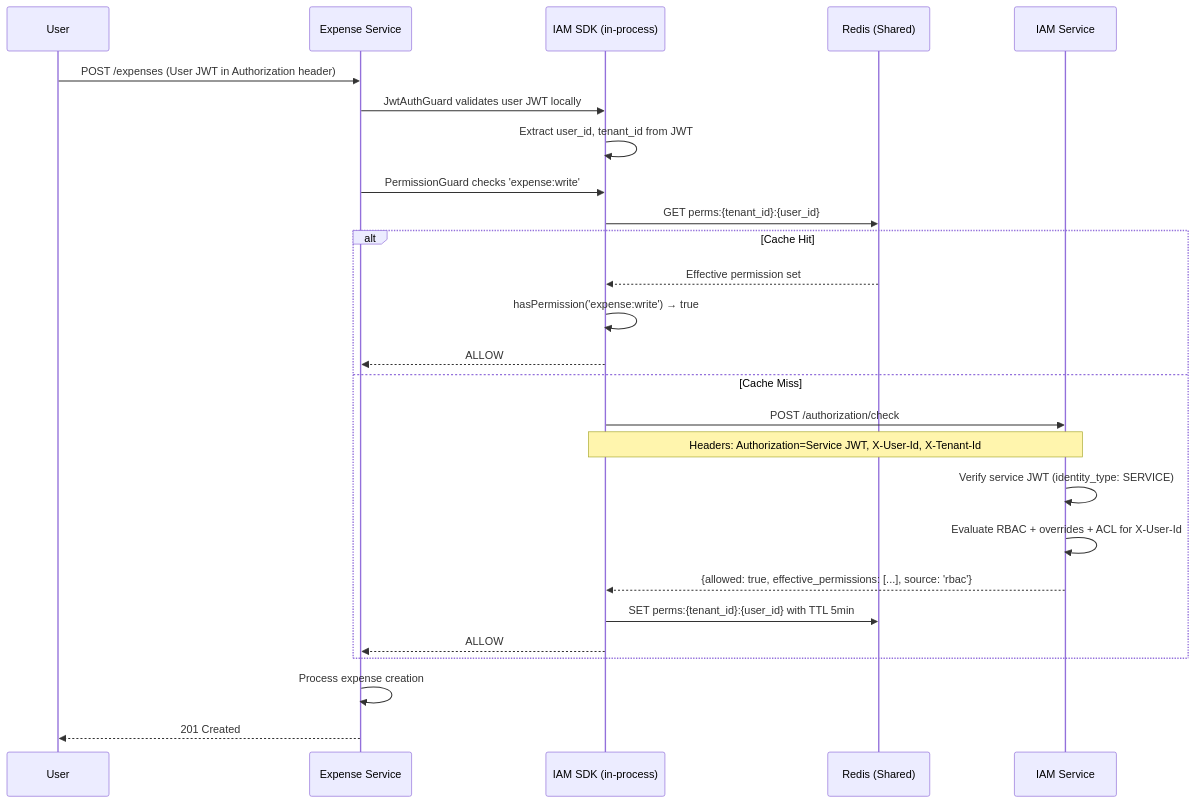
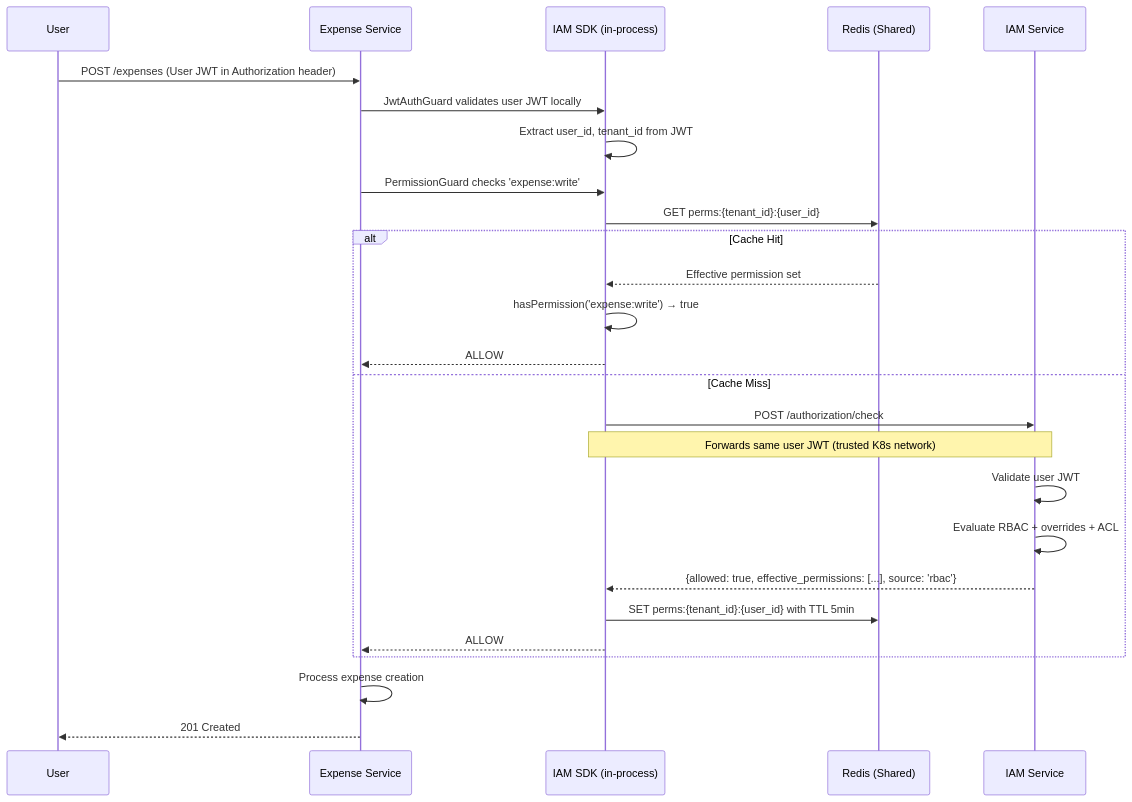
Before and after one commit to namansukhwani/Generic-IAM: diagram 12 of 17 in documentation/IAM_DESIGN_DOCUMENT.md, drawn with Mermaid. The commit also changed other lines of this file and 24 other files, not shown here.

Commit message:
feat: initialize NestJS IAM service with project structure and core configurations

````diff
--- a/documentation/IAM_DESIGN_DOCUMENT.md
+++ b/documentation/IAM_DESIGN_DOCUMENT.md
@@ -1271,29 +1230,29 @@
 ```mermaid
 sequenceDiagram
     participant U as User
     participant EXP as Expense Service
     participant SDK as IAM SDK (in-process)
     participant R as Redis (Shared)
     participant IAM as IAM Service
 
     U->>EXP: POST /expenses (User JWT in Authorization header)
     EXP->>SDK: JwtAuthGuard validates user JWT locally
     SDK->>SDK: Extract user_id, tenant_id from JWT
     EXP->>SDK: PermissionGuard checks 'expense:write'
     SDK->>R: GET perms:{tenant_id}:{user_id}
     alt Cache Hit
         R-->>SDK: Effective permission set
         SDK->>SDK: hasPermission('expense:write') → true
         SDK-->>EXP: ALLOW
     else Cache Miss
         SDK->>IAM: POST /authorization/check
-        Note over SDK,IAM: Headers: Authorization=Service JWT, X-User-Id, X-Tenant-Id
-        IAM->>IAM: Verify service JWT (identity_type: SERVICE)
-        IAM->>IAM: Evaluate RBAC + overrides + ACL for X-User-Id
+        Note over SDK,IAM: Forwards same user JWT (trusted K8s network)
+        IAM->>IAM: Validate user JWT
+        IAM->>IAM: Evaluate RBAC + overrides + ACL
         IAM-->>SDK: {allowed: true, effective_permissions: [...], source: 'rbac'}
         SDK->>R: SET perms:{tenant_id}:{user_id} with TTL 5min
         SDK-->>EXP: ALLOW
     end
     EXP->>EXP: Process expense creation
     EXP-->>U: 201 Created
 ```
````
